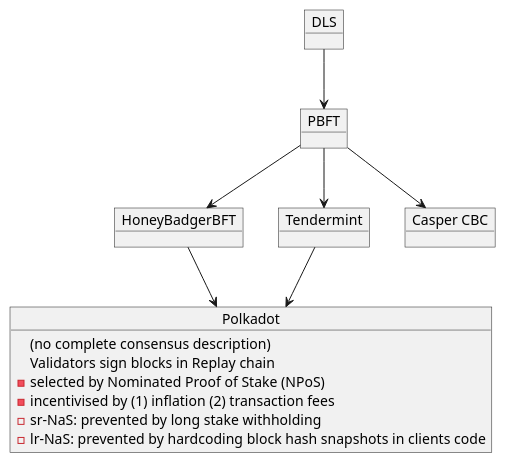
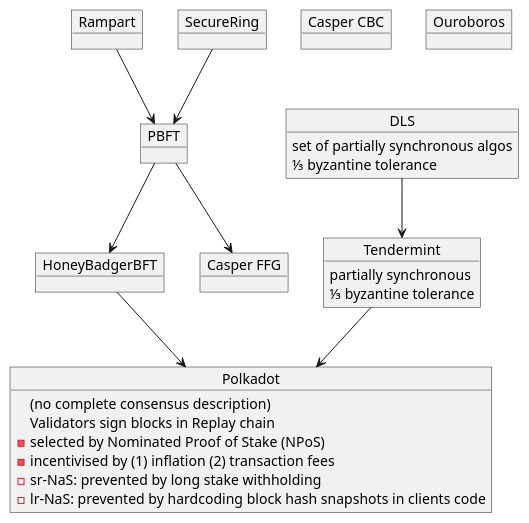
One commit to pandoraboxchain/papers changed the diagram in plantuml/bft_consensuses_tree.plantuml. Above: the diagram before and after it, drawn with PlantUML.

```diff
--- a/plantuml/bft_consensuses_tree.plantuml
+++ b/plantuml/bft_consensuses_tree.plantuml
@@ -1,24 +1,39 @@
 @startuml
+object "Rampart" as rampart
+object "SecureRing" as securering
 object "DLS" as dls
 object "PBFT" as pbft
 object "HoneyBadgerBFT" as hbbft
 object "Tendermint" as tendermint
 object "Polkadot" as polkadot
+object "Casper FFG" as ffg
 object "Casper CBC" as cbc
+object "Ouroboros" as ouroboros
 
-dls --> pbft
+rampart --> pbft
+securering --> pbft
 pbft --> hbbft
-pbft --> tendermint
+dls --> tendermint
 hbbft --> polkadot
 tendermint --> polkadot
-pbft --> cbc
+pbft --> ffg
+
+object dls {
+  set of partially synchronous algos
+  ⅓ byzantine tolerance
+}
+
+object tendermint {
+  partially synchronous
+  ⅓ byzantine tolerance
+}
 
 object polkadot {
   (no complete consensus description)
   Validators sign blocks in Replay chain
   - selected by Nominated Proof of Stake (NPoS)
   - incentivised by (1) inflation (2) transaction fees
   - sr-NaS: prevented by long stake withholding
   - lr-NaS: prevented by hardcoding block hash snapshots in clients code
 }
 @enduml
```
